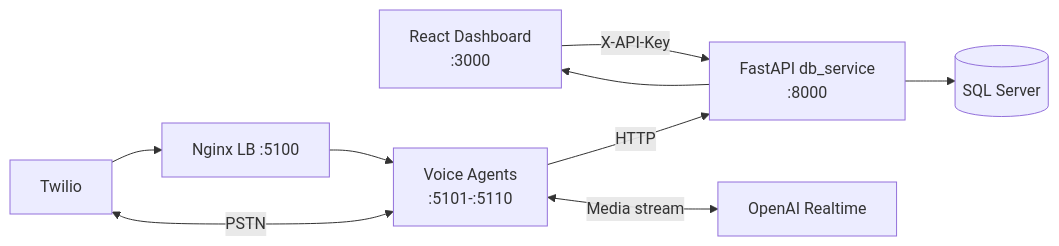
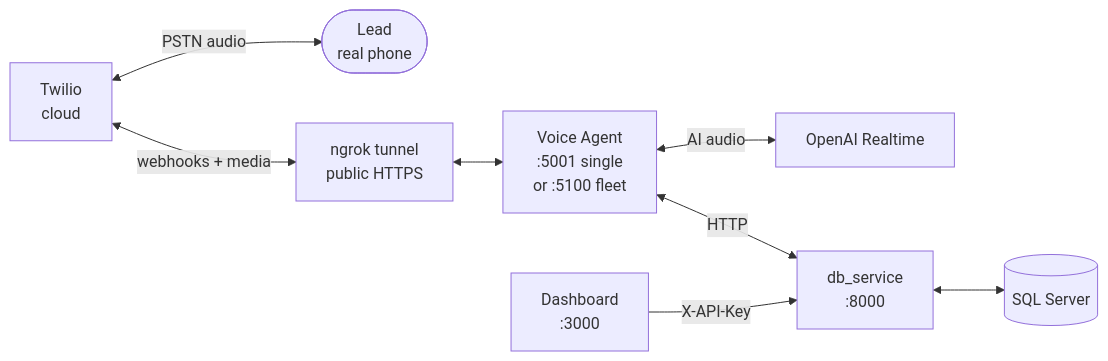
Before and after one commit to bittoby/Outvox: the diagram in README.md, drawn with Mermaid. The commit also changed other lines of this file, not shown here.

````diff
--- a/README.md
+++ b/README.md
@@ -227,18 +39,19 @@
 ```mermaid
 flowchart LR
-    FE[React Dashboard<br/>:3000]
-    DB[FastAPI db_service<br/>:8000]
-    DBData[(SQL Server)]
-    Nginx[Nginx LB :5100]
-    Agents[Voice Agents<br/>:5101-:5110]
-    Twilio[Twilio]
+    Lead([Lead<br/>real phone])
+    Twilio[Twilio<br/>cloud]
+    Ngrok[ngrok tunnel<br/>public HTTPS]
+    Agent[Voice Agent<br/>:5001 single<br/>or :5100 fleet]
     OpenAI[OpenAI Realtime]
+    DB[db_service<br/>:8000]
+    SQL[(SQL Server)]
+    FE[Dashboard<br/>:3000]
 
+    Twilio <-->|PSTN audio| Lead
+    Twilio <-->|webhooks + media| Ngrok
+    Ngrok <--> Agent
+    Agent <-->|AI audio| OpenAI
+    Agent <-->|HTTP| DB
+    DB <--> SQL
     FE -->|X-API-Key| DB
-    DB --> DBData
-    DB --> FE
-    Twilio --> Nginx --> Agents
-    Agents -->|HTTP| DB
-    Agents <-->|Media stream| OpenAI
-    Twilio <-->|PSTN| Agents
 ```
````
